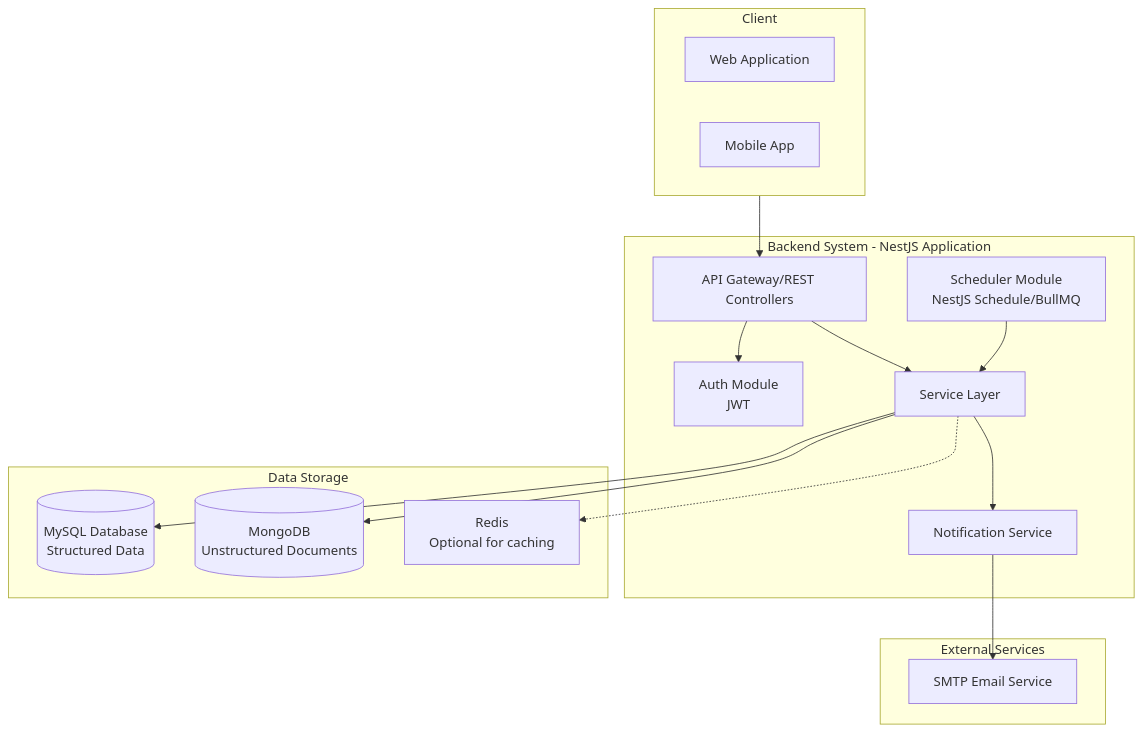
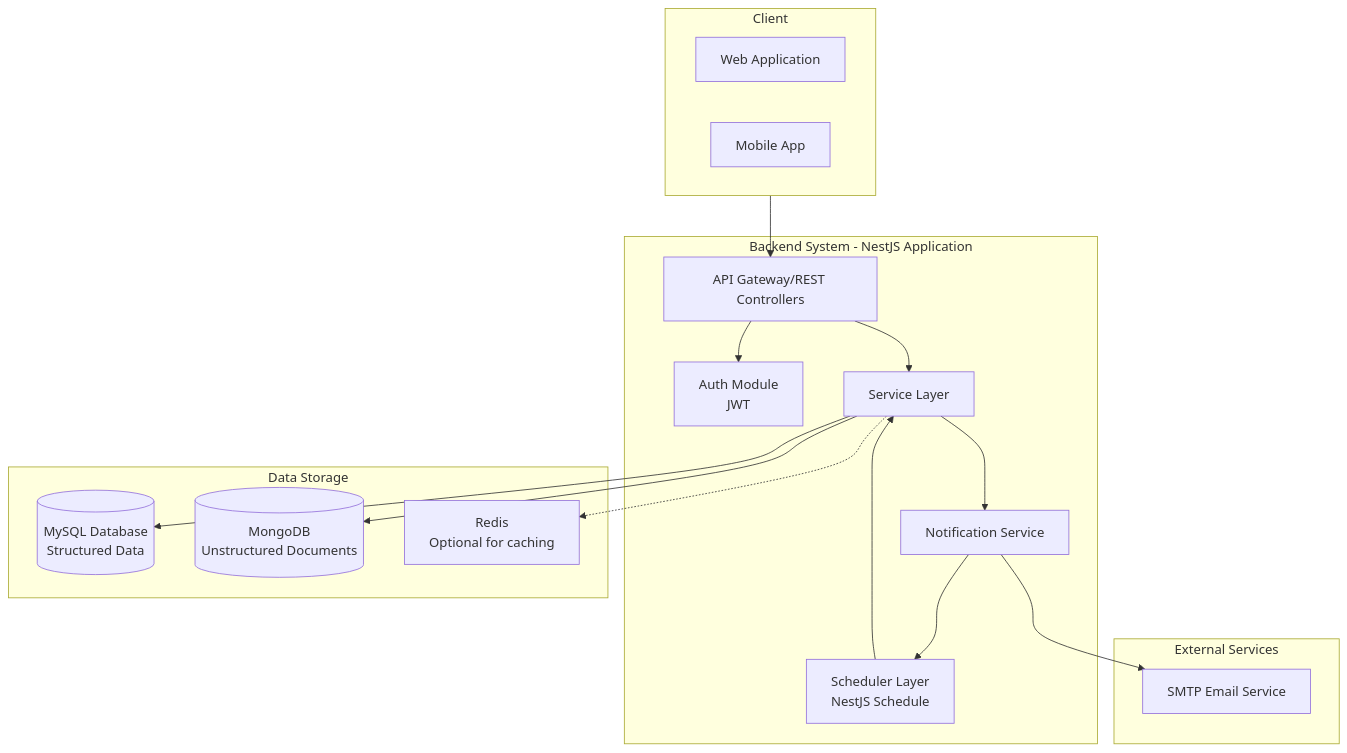
Before and after one commit to Bardala/vendor-matching-platform: the first of 4 diagrams in docs/SystemDesign.md, drawn with Mermaid. The commit also changed other lines of this file and 1 other file, not shown here.

````diff
--- a/docs/SystemDesign.md
+++ b/docs/SystemDesign.md
@@ -5,36 +5,37 @@
 ```mermaid
 flowchart TD
     subgraph ExternalServices [External Services]
         SMTP[SMTP Email Service]
     end
 
     subgraph Client [Client]
         WebApp[Web Application]
         MobileApp[Mobile App]
     end
 
     subgraph BackendSystem [Backend System - NestJS Application]
         Auth[Auth Module<br>JWT]
         API[API Gateway/REST Controllers]
         Services[Service Layer]
-        Scheduler[Scheduler Module<br>NestJS Schedule/BullMQ]
+        Scheduler[Scheduler Layer<br>NestJS Schedule]
         Notification[Notification Service]
 
         API --> Auth
         API --> Services
         Scheduler --> Services
         Services --> Notification
+        Notification --> Scheduler
     end
 
     subgraph DataStorage [Data Storage]
         MySQL[(MySQL Database<br>Structured Data)]
         MongoDB[(MongoDB<br>Unstructured Documents)]
         Cache[Redis<br>Optional for caching]
     end
 
     Client --> API
     Notification --> SMTP
     Services --> MySQL
     Services --> MongoDB
     Services -.-> Cache
 ```
````
